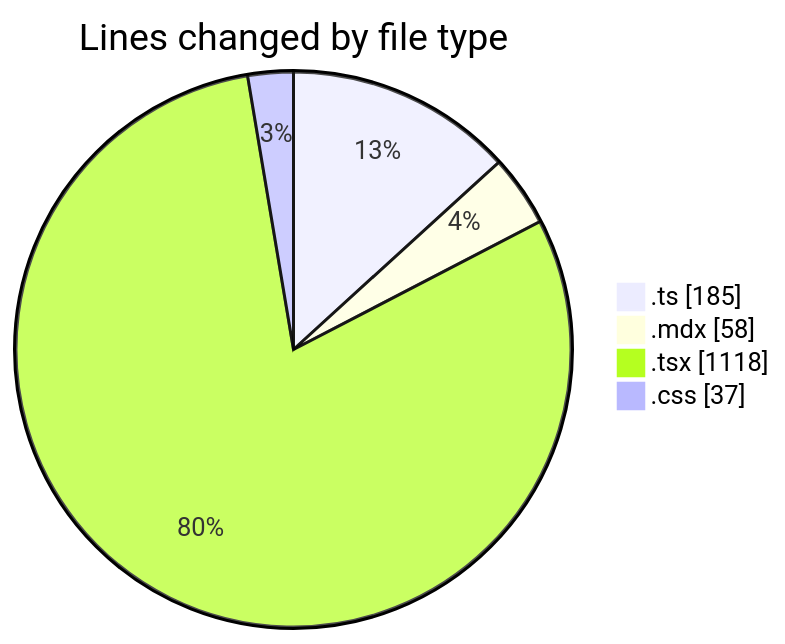
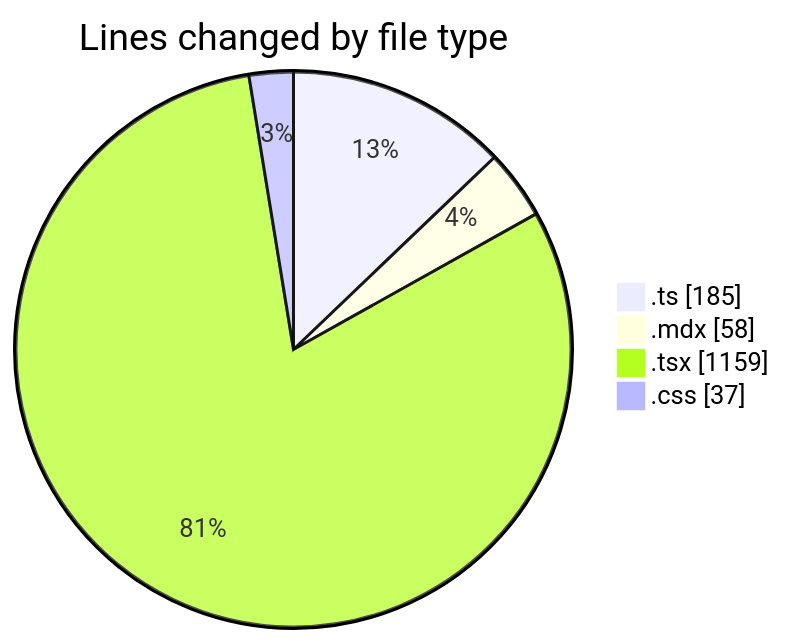
One commit to Elitesun/code-tracking changed the first of 2 diagrams in 2025-05-25/elitesun/README.md. Above: the diagram before and after it, drawn with Mermaid. The commit also changed other lines of this file and 1 other file, not shown here.

````diff
--- a/2025-05-25/elitesun/README.md
+++ b/2025-05-25/elitesun/README.md
@@ -32,8 +32,8 @@
 ```mermaid
 pie showData
 title Lines changed by file type
 ".ts" : 185
 ".mdx" : 58
-".tsx" : 1118
+".tsx" : 1159
 ".css" : 37
 ```
````
